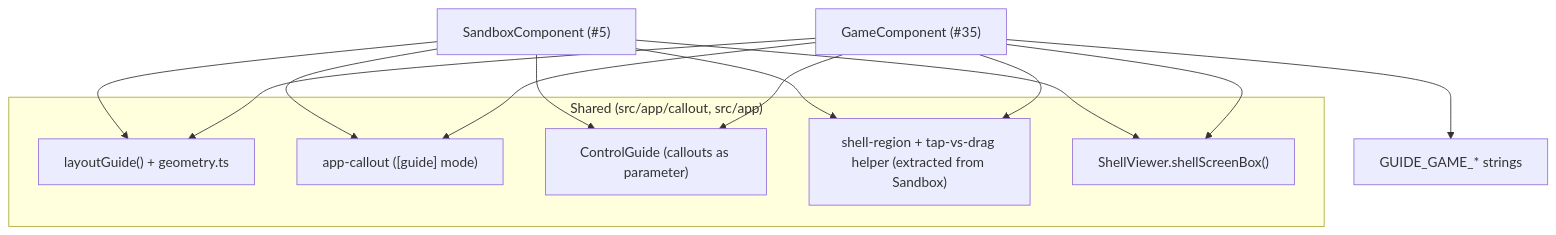
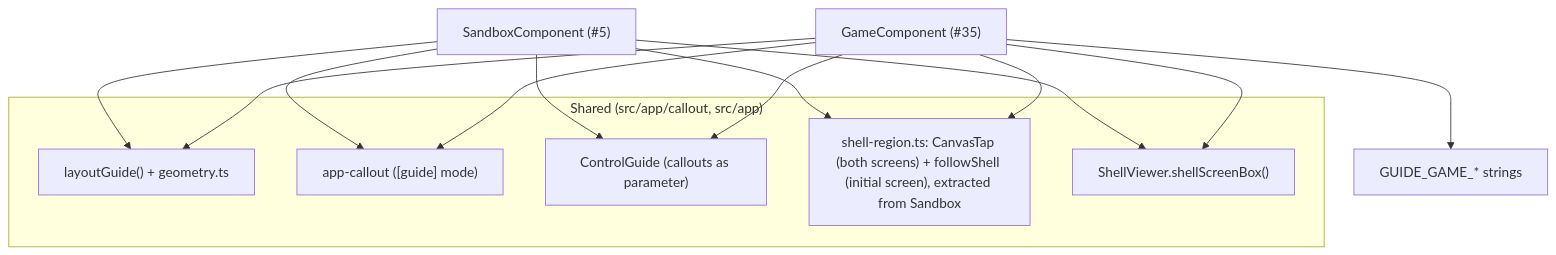
One commit to C3Idea/shell-generator changed the diagram in specs/035-a_parrot_on_every_control/spec.md. Above: the diagram before and after it, drawn with Mermaid. The commit also changed other lines of this file, not shown here.

````diff
--- a/specs/035-a_parrot_on_every_control/spec.md
+++ b/specs/035-a_parrot_on_every_control/spec.md
@@ -173,13 +171,13 @@
 ```mermaid
 graph TD
   subgraph shared["Shared (src/app/callout, src/app)"]
     LG["layoutGuide() + geometry.ts"]
     CO["app-callout ([guide] mode)"]
     CG["ControlGuide (callouts as parameter)"]
-    GH["shell-region + tap-vs-drag helper (extracted from Sandbox)"]
+    GH["shell-region.ts: CanvasTap (both screens) + followShell (initial screen), extracted from Sandbox"]
     SV["ShellViewer.shellScreenBox()"]
   end
   SB["SandboxComponent (#5)"] --> CG & CO & GH & SV & LG
   GM["GameComponent (#35)"] --> CG & CO & GH & SV & LG
   GM --> GS["GUIDE_GAME_* strings"]
 ```
````
